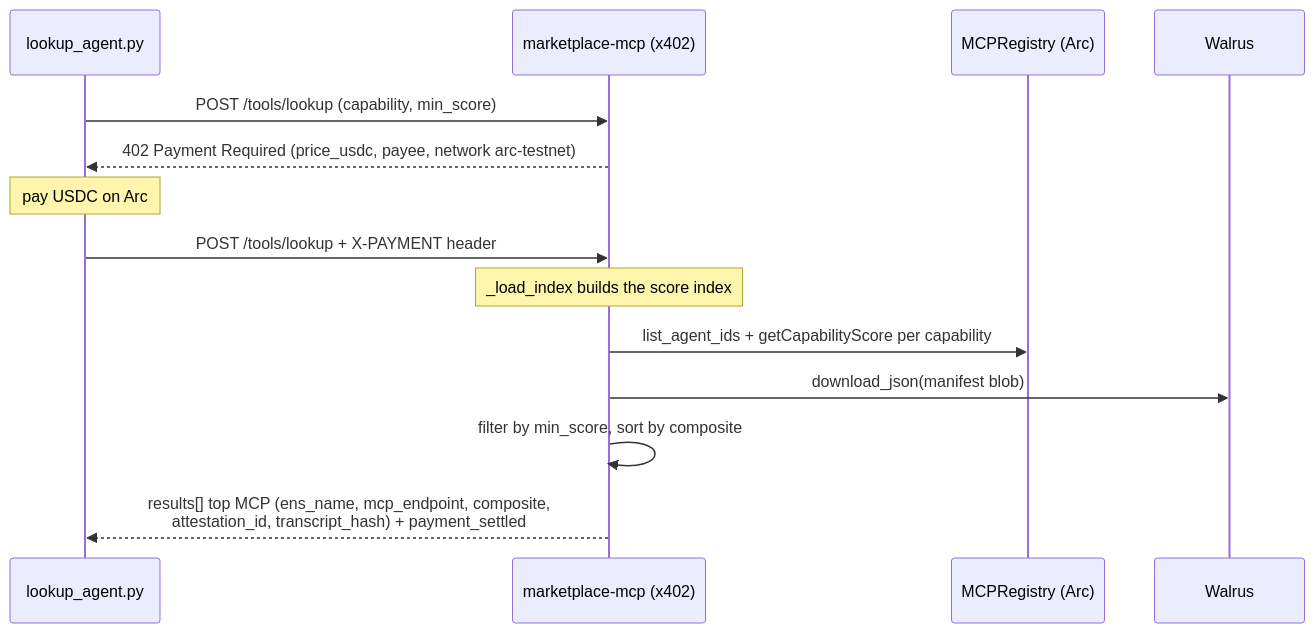
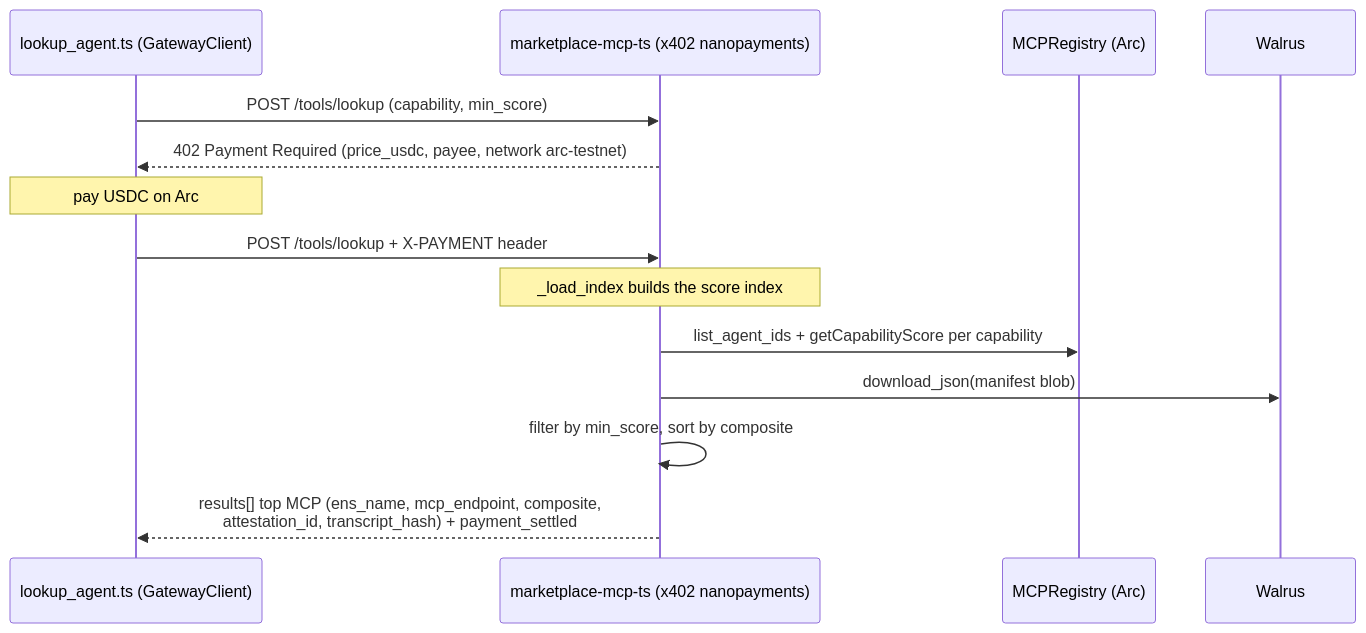
One commit to vhspace/goldenmcp changed the second of 2 diagrams in README.md. Above: the diagram before and after it, drawn with Mermaid. The commit also changed other lines of this file and 17 other files, not shown here.

First line of the commit message:
Add x402 nanopayments marketplace on Arc via Circle Gateway (#94)

````diff
--- a/README.md
+++ b/README.md
@@ -88,19 +88,19 @@
 ```mermaid
 sequenceDiagram
-    participant Agent as lookup_agent.py
-    participant Market as marketplace-mcp (x402)
+    participant Agent as lookup_agent.ts (GatewayClient)
+    participant Market as marketplace-mcp-ts (x402 nanopayments)
     participant Reg as MCPRegistry (Arc)
     participant Wal as Walrus
 
     Agent->>Market: POST /tools/lookup (capability, min_score)
     Market-->>Agent: 402 Payment Required (price_usdc, payee, network arc-testnet)
     Note over Agent: pay USDC on Arc
     Agent->>Market: POST /tools/lookup + X-PAYMENT header
 
     Note over Market: _load_index builds the score index
     Market->>Reg: list_agent_ids + getCapabilityScore per capability
     Market->>Wal: download_json(manifest blob)
     Market->>Market: filter by min_score, sort by composite
 
     Market-->>Agent: results[] top MCP (ens_name, mcp_endpoint, composite,<br/>attestation_id, transcript_hash) + payment_settled
 ```
````
